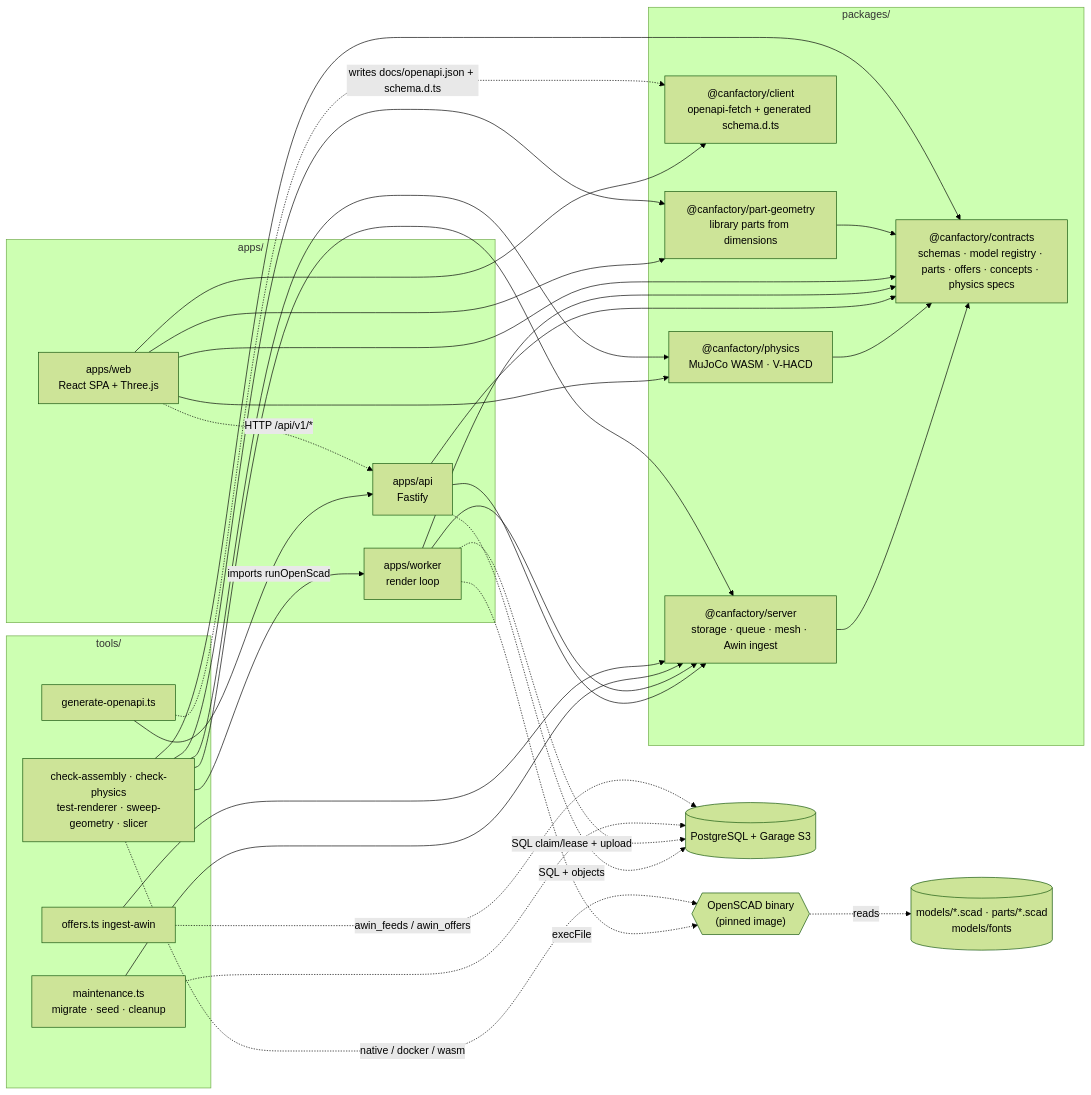
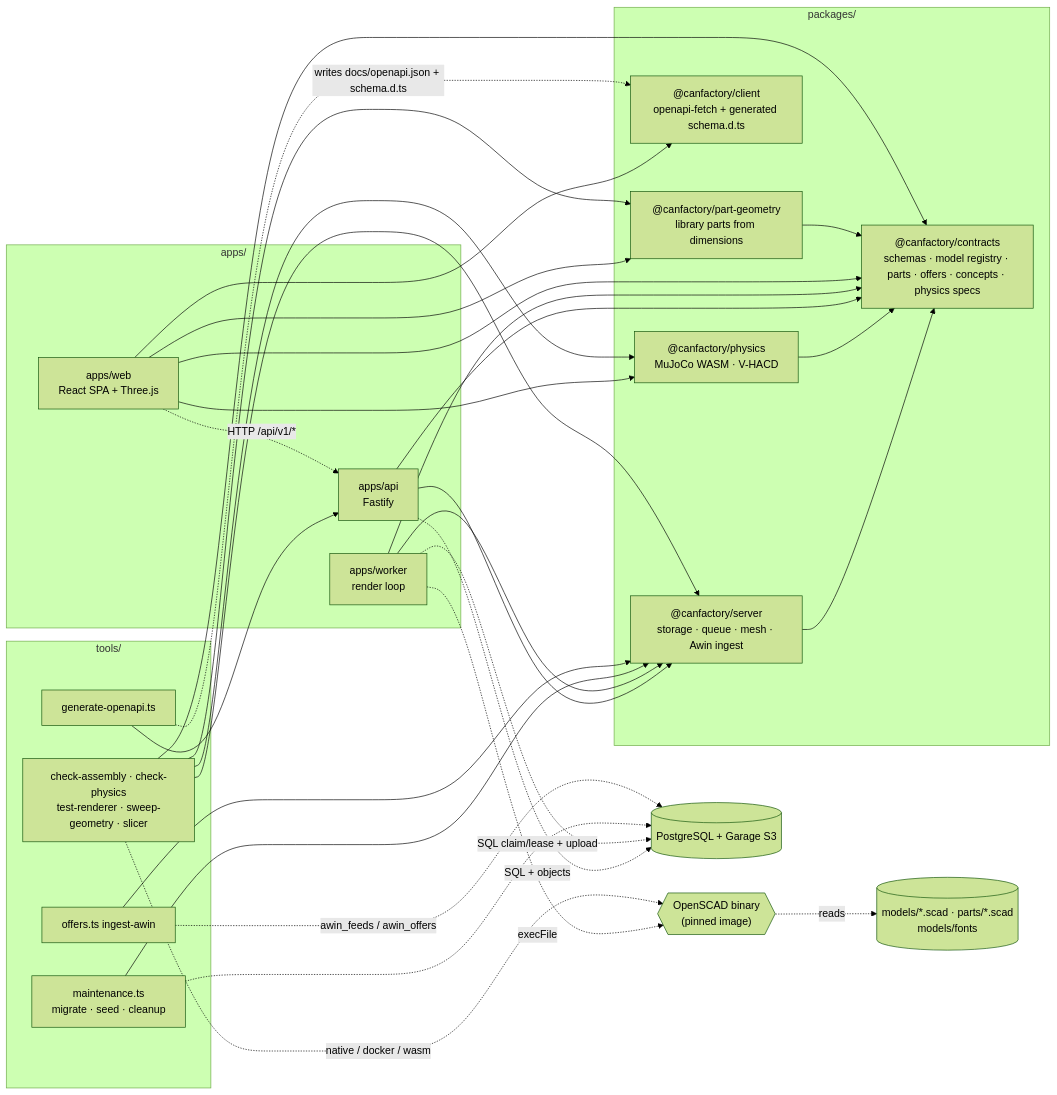
Before and after one commit to NNTin/CanFactory: the first of 3 diagrams in docs/system-architecture.md, drawn with Mermaid (forest theme). The commit also changed other lines of this file and 35 other files, not shown here.

First line of the commit message:
refactor(server): one OpenSCAD invocation path for the worker and every tool

````diff
--- a/docs/system-architecture.md
+++ b/docs/system-architecture.md
@@ -45,54 +45,53 @@
 ```mermaid
 flowchart LR
     subgraph pkgs["packages/"]
         contracts["@canfactory/contracts<br/>schemas · model registry · parts · offers · concepts · physics specs"]
         server["@canfactory/server<br/>storage · queue · mesh · Awin ingest"]
         client["@canfactory/client<br/>openapi-fetch + generated schema.d.ts"]
         physics["@canfactory/physics<br/>MuJoCo WASM · V-HACD"]
         partgeom["@canfactory/part-geometry<br/>library parts from dimensions"]
     end
     subgraph apps["apps/"]
         web["apps/web<br/>React SPA + Three.js"]
         api["apps/api<br/>Fastify"]
         worker["apps/worker<br/>render loop"]
     end
     subgraph tl["tools/"]
         maint["maintenance.ts<br/>migrate · seed · cleanup"]
         offerstool["offers.ts ingest-awin"]
         gen["generate-openapi.ts"]
         checks["check-assembly · check-physics<br/>test-renderer · sweep-geometry · slicer"]
     end
     scad[("models/*.scad · parts/*.scad<br/>models/fonts")]
     openscad{{"OpenSCAD binary<br/>(pinned image)"}}
     stores[("PostgreSQL + Garage S3")]
 
     server --> contracts
     physics --> contracts
     api --> contracts
     api --> server
     worker --> contracts
     worker --> server
     web --> contracts
     web --> client
     web --> physics
     web --> partgeom
     partgeom --> contracts
     maint --> server
     offerstool --> server
     gen --> api
     checks --> contracts
     checks --> server
     checks --> physics
     checks --> partgeom
-    checks -->|"imports runOpenScad"| worker
 
     gen -.->|"writes docs/openapi.json + schema.d.ts"| client
     web -.->|"HTTP /api/v1/*"| api
     api -.->|"SQL + objects"| stores
     worker -.->|"SQL claim/lease + upload"| stores
     maint -.-> stores
     offerstool -.->|"awin_feeds / awin_offers"| stores
     worker -.->|"execFile"| openscad
     openscad -.->|"reads"| scad
     checks -.->|"native / docker / wasm"| openscad
 ```
````
